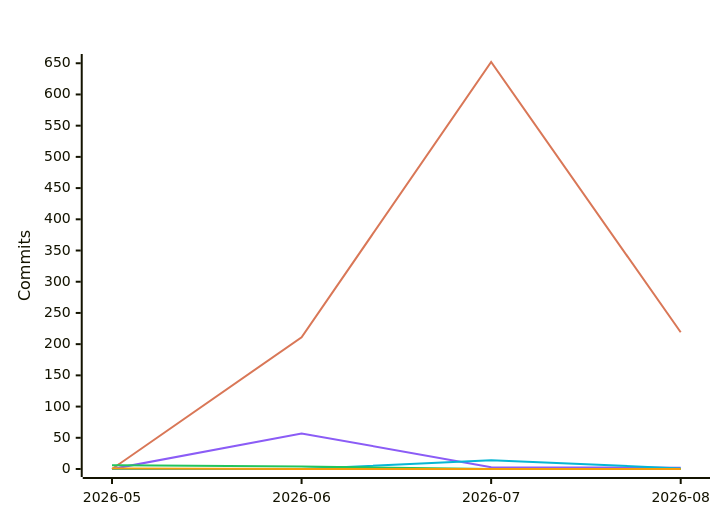
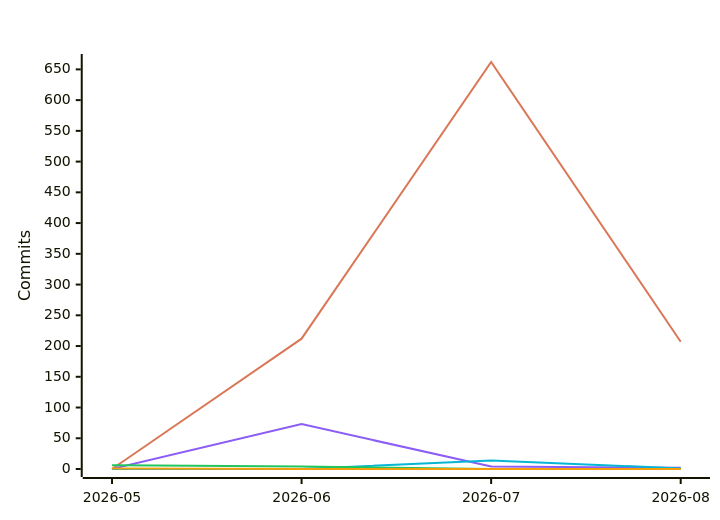
One commit to polo-nyan/polo-nyan changed the fifth of 7 diagrams in README.md. Above: the diagram before and after it, drawn with Mermaid. The commit also changed other lines of this file and 1 other file, not shown here.

````diff
--- a/README.md
+++ b/README.md
@@ -313,12 +313,12 @@
 ```mermaid
 %%{init: {"xyChart": {"titleColor": "#ffffff", "xAxisLabelColor": "#ffffff", "yAxisLabelColor": "#ffffff"}, "themeVariables": {"xyChart": {"titleColor": "#ffffff", "plotColorPalette": "#d97757, #8b5cf6, #06b6d4, #22c55e, #f59e0b, #ec4899"}}}}%%
 xychart-beta
     title "Commits Per Month by Model Family"
     x-axis ["2026-05", "2026-06", "2026-07", "2026-08"]
     y-axis "Commits"
-    line [0, 211, 652, 219]
-    line [0, 57, 3, 2]
+    line [0, 212, 662, 207]
+    line [0, 73, 4, 2]
     line [0, 0, 14, 1]
     line [6, 4, 0, 0]
     line [1, 0, 0, 0]
 ```
````
